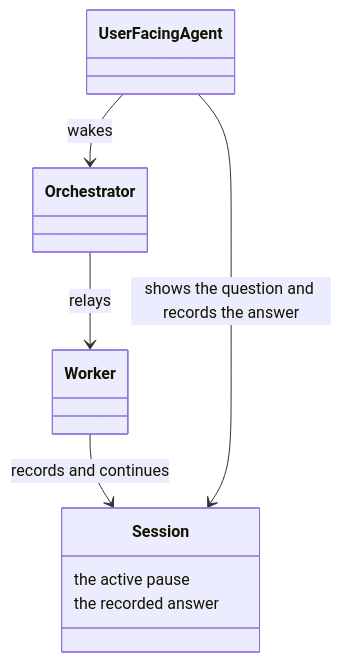
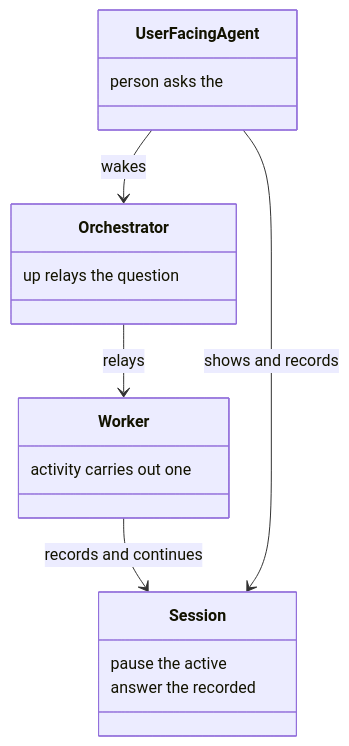
Before and after one commit to m2ux/workflow-server: the second of 22 diagrams in docs/checkpoint.md, drawn with Mermaid. The commit also changed other lines of this file and 13 other files, not shown here.

````diff
--- a/docs/checkpoint.md
+++ b/docs/checkpoint.md
@@ -28,14 +32,20 @@
 ```mermaid
 classDiagram
-  class Worker
-  class Orchestrator
-  class UserFacingAgent
+  class Worker {
+    activity carries out one
+  }
+  class Orchestrator {
+    up relays the question
+  }
+  class UserFacingAgent {
+    person asks the
+  }
   class Session {
-    the active pause
-    the recorded answer
+    pause the active
+    answer the recorded
   }
   Worker --> Session : records and continues
   Orchestrator --> Worker : relays
-  UserFacingAgent --> Session : shows the question and records the answer
+  UserFacingAgent --> Session : shows and records
   UserFacingAgent --> Orchestrator : wakes
 ```
````
